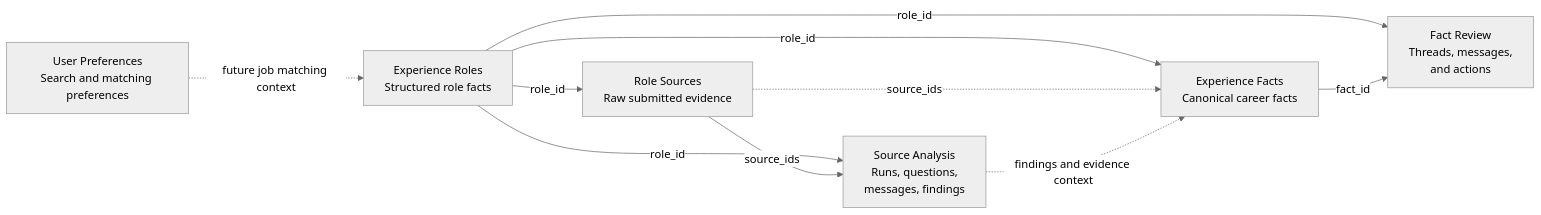
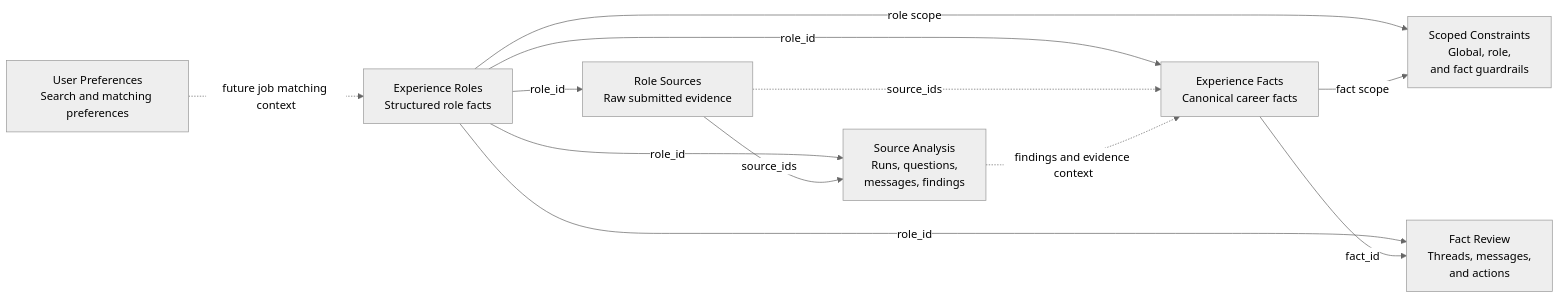
One commit to rsauers0/career-agent changed the first of 8 diagrams in docs/diagrams.md. Above: the diagram before and after it, drawn with Mermaid (neutral theme). The commit also changed other lines of this file and 17 other files, not shown here.

First line of the commit message:
Add scoped constraints workflow

````diff
--- a/docs/diagrams.md
+++ b/docs/diagrams.md
@@ -12,20 +12,23 @@
 ```mermaid
 flowchart LR
     UserPreferences["User Preferences<br/>Search and matching preferences"]
     ExperienceRoles["Experience Roles<br/>Structured role facts"]
     RoleSources["Role Sources<br/>Raw submitted evidence"]
     SourceAnalysis["Source Analysis<br/>Runs, questions,<br/>messages, findings"]
     ExperienceFacts["Experience Facts<br/>Canonical career facts"]
+    ScopedConstraints["Scoped Constraints<br/>Global, role,<br/>and fact guardrails"]
     FactReview["Fact Review<br/>Threads, messages,<br/>and actions"]
 
     ExperienceRoles -->|"role_id"| RoleSources
     ExperienceRoles -->|"role_id"| SourceAnalysis
     RoleSources -->|"source_ids"| SourceAnalysis
     ExperienceRoles -->|"role_id"| ExperienceFacts
+    ExperienceRoles -->|"role scope"| ScopedConstraints
+    ExperienceFacts -->|"fact scope"| ScopedConstraints
     ExperienceRoles -->|"role_id"| FactReview
     ExperienceFacts -->|"fact_id"| FactReview
     RoleSources -. "source_ids" .-> ExperienceFacts
     SourceAnalysis -. "findings and evidence context" .-> ExperienceFacts
 
     UserPreferences -. "future job matching context" .-> ExperienceRoles
 ```
````
